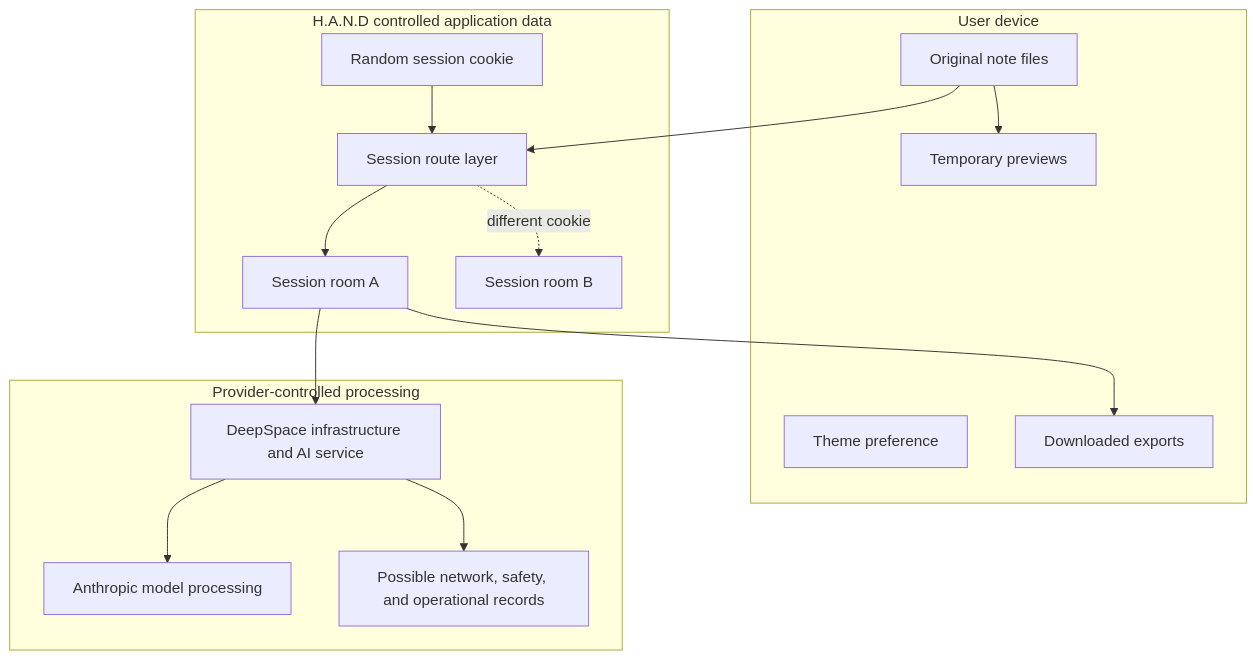
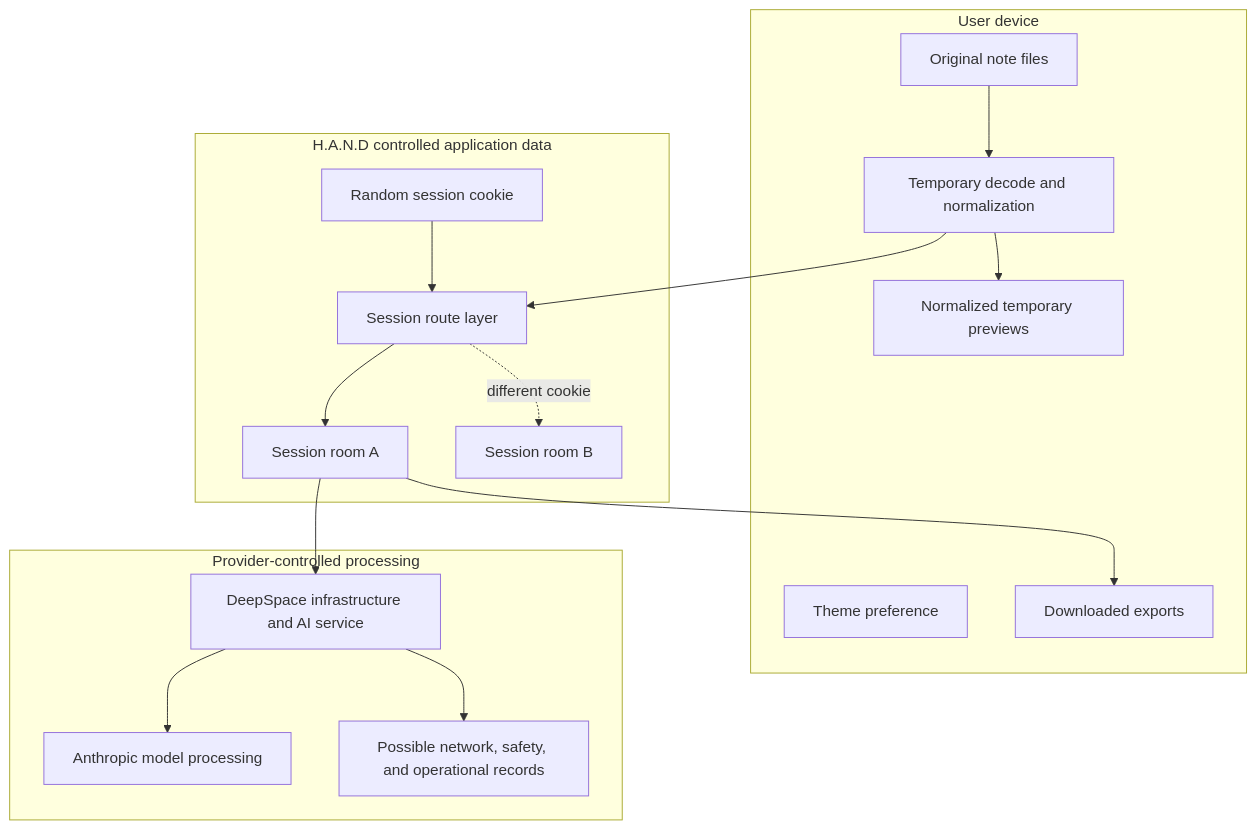
Before and after one commit to 592industries/hand: the diagram in diagrams/data-boundaries.md, drawn with Mermaid. The commit also changed other lines of this file and 23 other files, not shown here.

````diff
--- a/diagrams/data-boundaries.md
+++ b/diagrams/data-boundaries.md
@@ -3,32 +3,34 @@
 ```mermaid
 flowchart TB
     subgraph Device["User device"]
         Files["Original note files"]
-        Preview["Temporary previews"]
+        Normalize["Temporary decode and normalization"]
+        Preview["Normalized temporary previews"]
         Preference["Theme preference"]
         Export["Downloaded exports"]
     end
 
     subgraph App["H.A.N.D controlled application data"]
         Cookie["Random session cookie"]
         Router["Session route layer"]
         RoomA["Session room A"]
         RoomB["Session room B"]
     end
 
     subgraph Provider["Provider-controlled processing"]
         DeepSpace["DeepSpace infrastructure and AI service"]
         Anthropic["Anthropic model processing"]
         Logs["Possible network, safety, and operational records"]
     end
 
-    Files --> Preview
-    Files --> Router
+    Files --> Normalize
+    Normalize --> Preview
+    Normalize --> Router
     Cookie --> Router
     Router --> RoomA
     Router -.->|different cookie| RoomB
     RoomA --> DeepSpace
     DeepSpace --> Anthropic
     DeepSpace --> Logs
     RoomA --> Export
 ```
````
